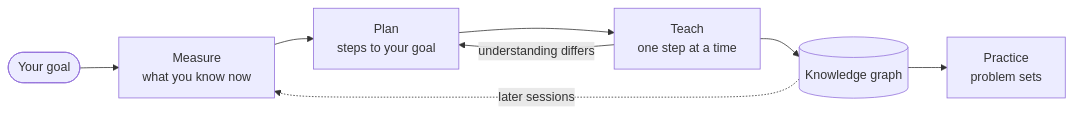
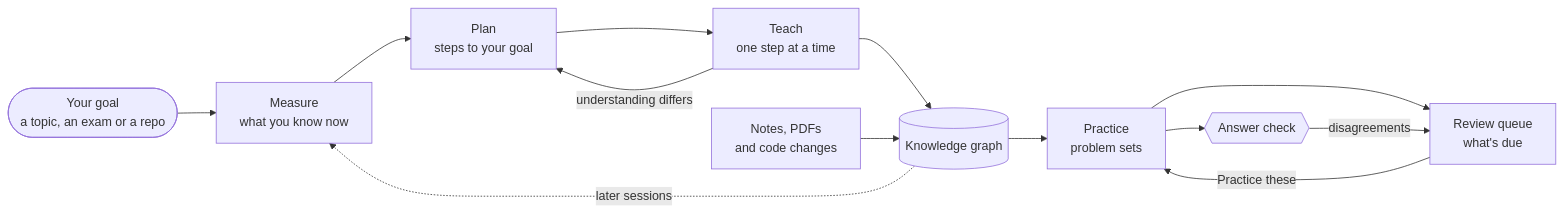
The diagram in README.md (Bakar404/cairn), drawn with Mermaid before and after one commit. The commit also changed other lines of this file and 15 other files, not shown here.

````diff
--- a/README.md
+++ b/README.md
@@ -63,10 +164,15 @@
 ```mermaid
 flowchart LR
-    goal(["Your goal"]) --> measure["Measure<br/>what you know now"]
+    goal(["Your goal<br/>a topic, an exam or a repo"]) --> measure["Measure<br/>what you know now"]
     measure --> plan["Plan<br/>steps to your goal"]
     plan --> teach["Teach<br/>one step at a time"]
     teach -->|"understanding differs"| plan
     teach --> kg[("Knowledge graph")]
+    sources["Notes, PDFs<br/>and code changes"] --> kg
     kg --> practice["Practice<br/>problem sets"]
+    practice --> check{{"Answer check"}}
+    practice --> review["Review queue<br/>what's due"]
+    check -->|"disagreements"| review
+    review -->|"Practice these"| practice
     kg -.->|"later sessions"| measure
 ```
````
